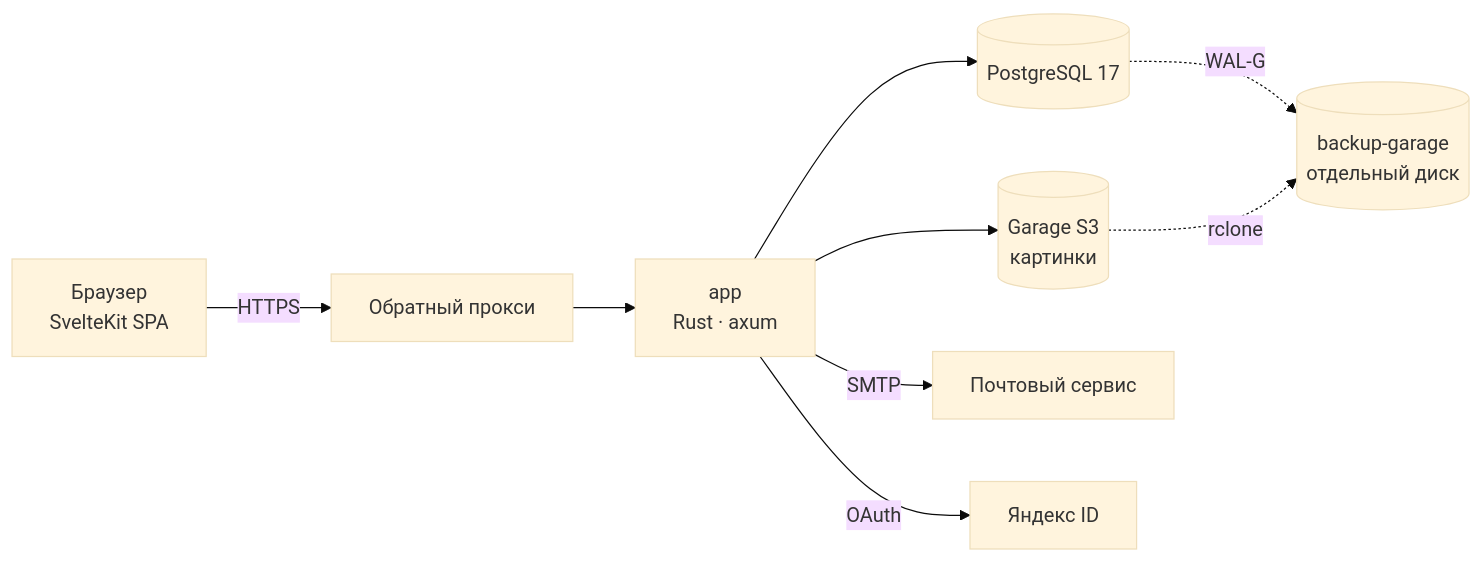
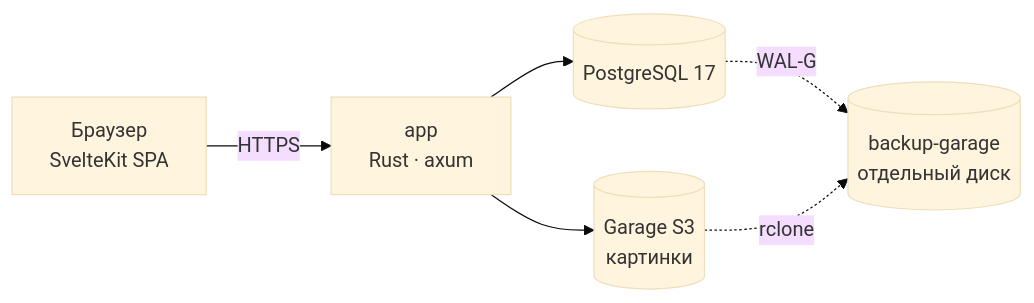
One commit to geibos/zachteno changed the diagram in README.md. Above: the diagram before and after it, drawn with Mermaid (base theme). The commit also changed other lines of this file, not shown here.

Commit message:
README: компактная схема, заголовок таблицы стека, короче комментарии в командах

````diff
--- a/README.md
+++ b/README.md
@@ -113,11 +113,8 @@
 ```mermaid
 flowchart LR
-    browser["Браузер<br/>SvelteKit SPA"] -->|HTTPS| proxy["Обратный прокси"]
-    proxy --> app["app<br/>Rust · axum"]
+    browser["Браузер<br/>SvelteKit SPA"] -->|HTTPS| app["app<br/>Rust · axum"]
     app --> db[("PostgreSQL 17")]
     app --> s3[("Garage S3<br/>картинки")]
-    app -->|SMTP| mail["Почтовый сервис"]
-    app -->|OAuth| yandex["Яндекс ID"]
     db -.->|WAL-G| backup[("backup-garage<br/>отдельный диск")]
     s3 -.->|rclone| backup
 ```
````
